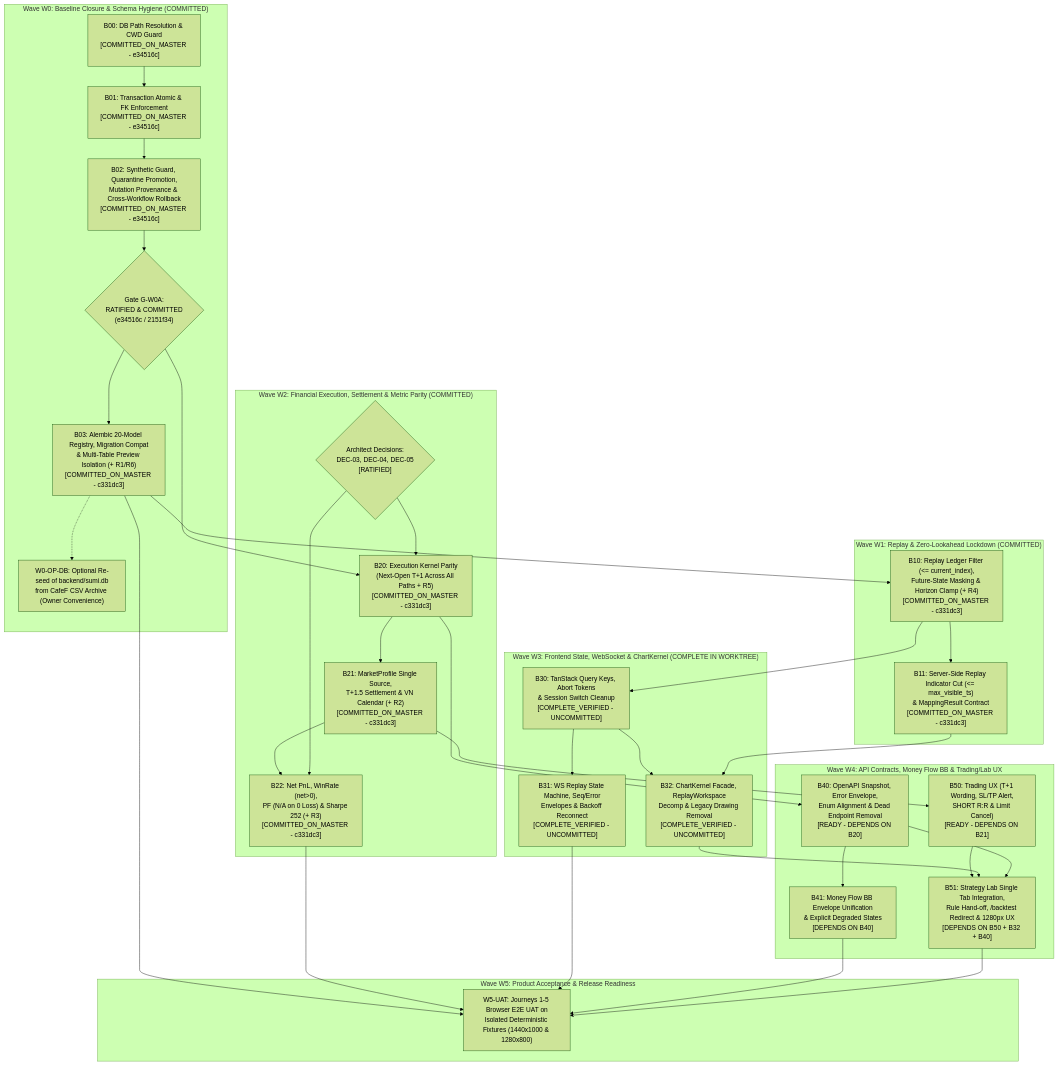
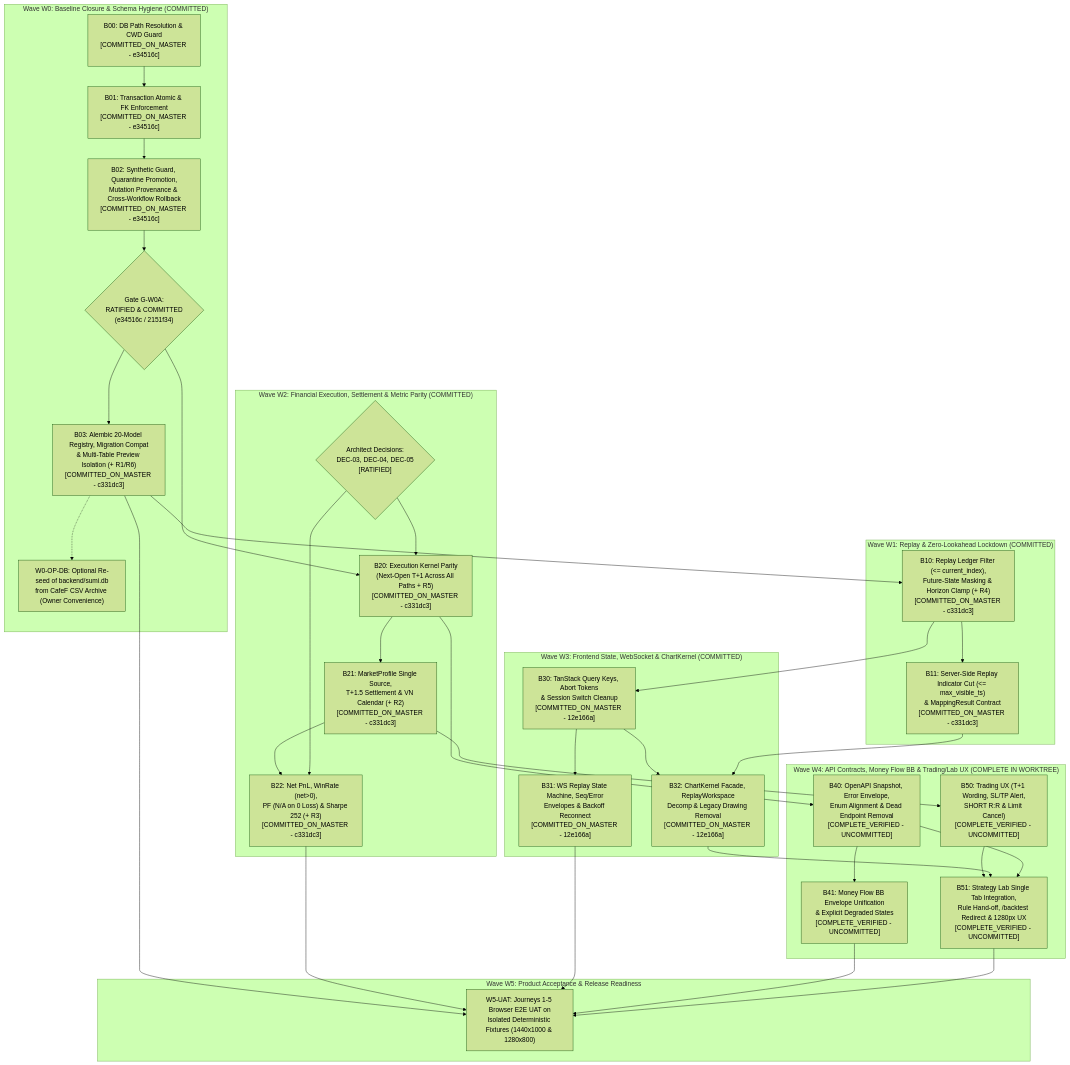
The diagram in docs/plans/product-completion/SUMI_V3_BATCH_DEPENDENCY_AND_STATUS_PROPOSED.md (lasfong/sumi), drawn with Mermaid (forest theme) before and after one commit. The commit also changed other lines of this file and 62 other files, not shown here.

Commit message:
feat(v3): complete W4 API contracts trading practice and strategy UX

````diff
--- a/docs/plans/product-completion/SUMI_V3_BATCH_DEPENDENCY_AND_STATUS_PROPOSED.md
+++ b/docs/plans/product-completion/SUMI_V3_BATCH_DEPENDENCY_AND_STATUS_PROPOSED.md
@@ -57,59 +57,59 @@
 ```mermaid
 flowchart TD
     subgraph W0["Wave W0: Baseline Closure & Schema Hygiene (COMMITTED)"]
         B00["B00: DB Path Resolution & CWD Guard<br/>[COMMITTED_ON_MASTER - e34516c]"]
         B01["B01: Transaction Atomic & FK Enforcement<br/>[COMMITTED_ON_MASTER - e34516c]"]
         B02["B02: Synthetic Guard, Quarantine Promotion,<br/>Mutation Provenance & Cross-Workflow Rollback<br/>[COMMITTED_ON_MASTER - e34516c]"]
         GW0A{"Gate G-W0A:<br/>RATIFIED & COMMITTED<br/>(e34516c / 2151f34)"}
         B03["B03: Alembic 20-Model Registry, Migration Compat<br/>& Multi-Table Preview Isolation (+ R1/R6)<br/>[COMMITTED_ON_MASTER - c331dc3]"]
         OPDB["W0-OP-DB: Optional Re-seed of backend/sumi.db<br/>from CafeF CSV Archive (Owner Convenience)"]
     end
 
     subgraph W1["Wave W1: Replay & Zero-Lookahead Lockdown (COMMITTED)"]
         B10["B10: Replay Ledger Filter (<= current_index),<br/>Future-State Masking & Horizon Clamp (+ R4)<br/>[COMMITTED_ON_MASTER - c331dc3]"]
         B11["B11: Server-Side Replay Indicator Cut (<= max_visible_ts)<br/>& MappingResult Contract<br/>[COMMITTED_ON_MASTER - c331dc3]"]
     end
 
     subgraph W2["Wave W2: Financial Execution, Settlement & Metric Parity (COMMITTED)"]
         GDEC{"Architect Decisions:<br/>DEC-03, DEC-04, DEC-05<br/>[RATIFIED]"}
         B20["B20: Execution Kernel Parity<br/>(Next-Open T+1 Across All Paths + R5)<br/>[COMMITTED_ON_MASTER - c331dc3]"]
         B21["B21: MarketProfile Single Source,<br/>T+1.5 Settlement & VN Calendar (+ R2)<br/>[COMMITTED_ON_MASTER - c331dc3]"]
         B22["B22: Net PnL, WinRate (net>0),<br/>PF (N/A on 0 Loss) & Sharpe 252 (+ R3)<br/>[COMMITTED_ON_MASTER - c331dc3]"]
     end
 
-    subgraph W3["Wave W3: Frontend State, WebSocket & ChartKernel (COMPLETE IN WORKTREE)"]
-        B30["B30: TanStack Query Keys, Abort Tokens<br/>& Session Switch Cleanup<br/>[COMPLETE_VERIFIED - UNCOMMITTED]"]
-        B31["B31: WS Replay State Machine, Seq/Error<br/>Envelopes & Backoff Reconnect<br/>[COMPLETE_VERIFIED - UNCOMMITTED]"]
-        B32["B32: ChartKernel Facade, ReplayWorkspace<br/>Decomp & Legacy Drawing Removal<br/>[COMPLETE_VERIFIED - UNCOMMITTED]"]
+    subgraph W3["Wave W3: Frontend State, WebSocket & ChartKernel (COMMITTED)"]
+        B30["B30: TanStack Query Keys, Abort Tokens<br/>& Session Switch Cleanup<br/>[COMMITTED_ON_MASTER - 12e166a]"]
+        B31["B31: WS Replay State Machine, Seq/Error<br/>Envelopes & Backoff Reconnect<br/>[COMMITTED_ON_MASTER - 12e166a]"]
+        B32["B32: ChartKernel Facade, ReplayWorkspace<br/>Decomp & Legacy Drawing Removal<br/>[COMMITTED_ON_MASTER - 12e166a]"]
     end
 
-    subgraph W4["Wave W4: API Contracts, Money Flow BB & Trading/Lab UX"]
-        B40["B40: OpenAPI Snapshot, Error Envelope,<br/>Enum Alignment & Dead Endpoint Removal<br/>[READY - DEPENDS ON B20]"]
-        B41["B41: Money Flow BB Envelope Unification<br/>& Explicit Degraded States<br/>[DEPENDS ON B40]"]
-        B50["B50: Trading UX (T+1 Wording, SL/TP Alert,<br/>SHORT R:R & Limit Cancel)<br/>[READY - DEPENDS ON B21]"]
-        B51["B51: Strategy Lab Single Tab Integration,<br/>Rule Hand-off, /backtest Redirect & 1280px UX<br/>[DEPENDS ON B50 + B32 + B40]"]
+    subgraph W4["Wave W4: API Contracts, Money Flow BB & Trading/Lab UX (COMPLETE IN WORKTREE)"]
+        B40["B40: OpenAPI Snapshot, Error Envelope,<br/>Enum Alignment & Dead Endpoint Removal<br/>[COMPLETE_VERIFIED - UNCOMMITTED]"]
+        B41["B41: Money Flow BB Envelope Unification<br/>& Explicit Degraded States<br/>[COMPLETE_VERIFIED - UNCOMMITTED]"]
+        B50["B50: Trading UX (T+1 Wording, SL/TP Alert,<br/>SHORT R:R & Limit Cancel)<br/>[COMPLETE_VERIFIED - UNCOMMITTED]"]
+        B51["B51: Strategy Lab Single Tab Integration,<br/>Rule Hand-off, /backtest Redirect & 1280px UX<br/>[COMPLETE_VERIFIED - UNCOMMITTED]"]
     end
 
     subgraph W5["Wave W5: Product Acceptance & Release Readiness"]
         UAT["W5-UAT: Journeys 1-5 Browser E2E UAT on<br/>Isolated Deterministic Fixtures (1440x1000 & 1280x800)"]
     end
 
     B00 --> B01 --> B02 --> GW0A
     GW0A --> B03 --> B10 --> B11
     B03 -.-> OPDB
     GW0A --> B20
     GDEC --> B20 --> B21 --> B22
     GDEC --> B22
     B10 --> B30 --> B31
     B30 --> B32
     B11 --> B32
     B20 --> B40 --> B41
     B21 --> B50 --> B51
     B32 --> B51
     B40 --> B51
     B03 --> UAT
     B22 --> UAT
     B31 --> UAT
     B41 --> UAT
     B51 --> UAT
 ```
````
